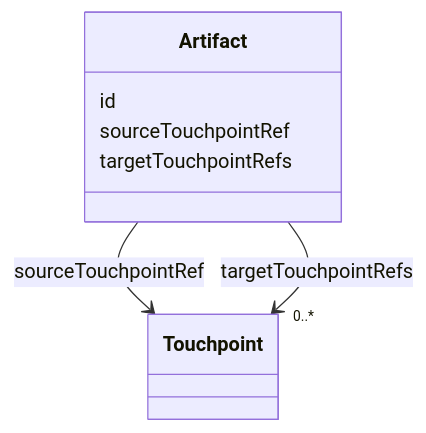
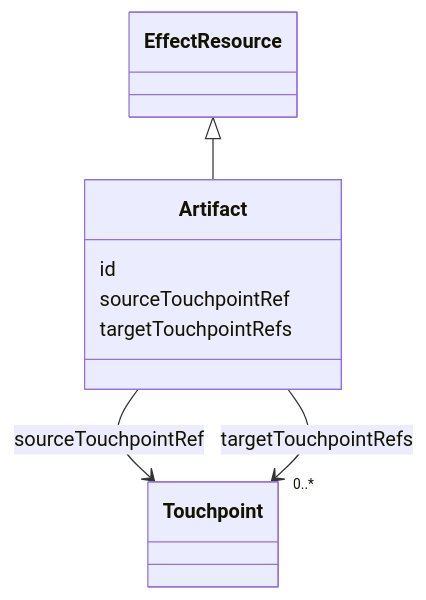
One commit to Bang2985/spec-ujg changed the diagram in specs/ed/modules/artifact/index.md. Above: the diagram before and after it, drawn with Mermaid. The commit also changed other lines of this file and 54 other files, not shown here.

````diff
--- a/specs/ed/modules/artifact/index.md
+++ b/specs/ed/modules/artifact/index.md
@@ -44,11 +42,13 @@
 ```mermaid
 classDiagram
   class Touchpoint
+  class EffectResource
   class Artifact {
     id
     sourceTouchpointRef
     targetTouchpointRefs
   }
+  EffectResource <|-- Artifact
   Artifact --> Touchpoint : sourceTouchpointRef
   Artifact --> "0..*" Touchpoint : targetTouchpointRefs
 ```
````
